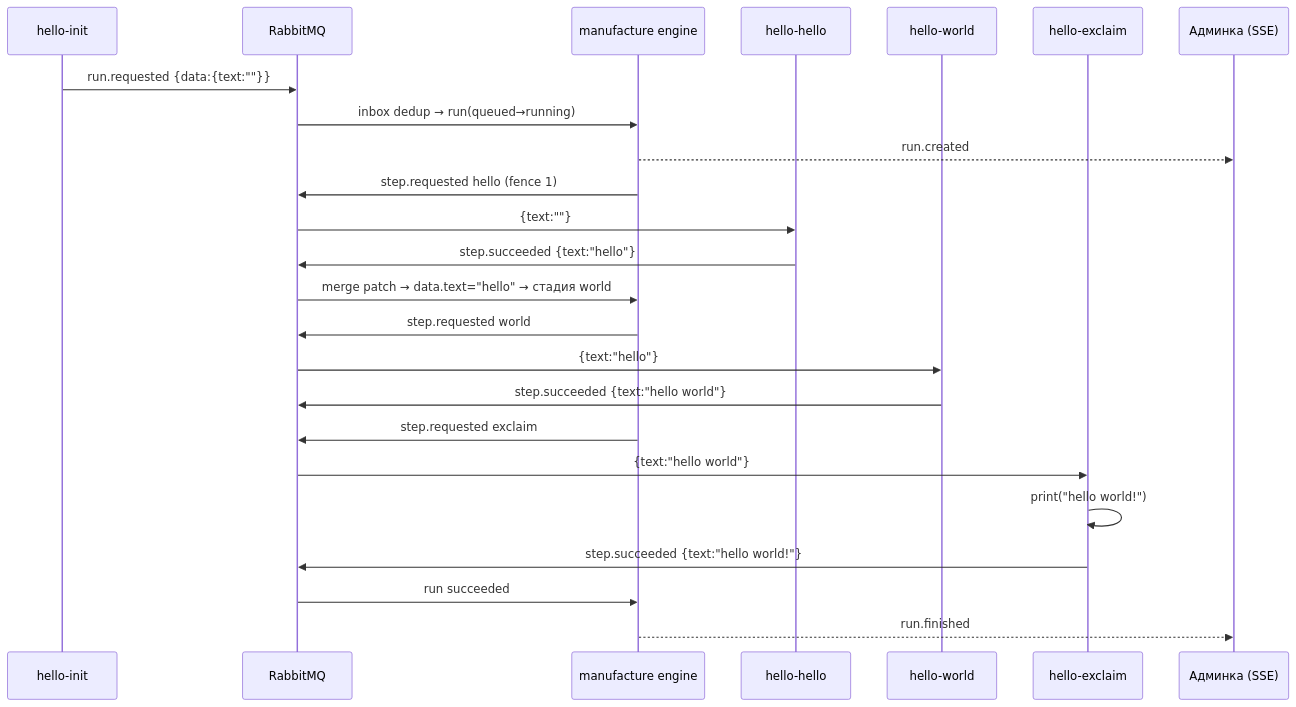
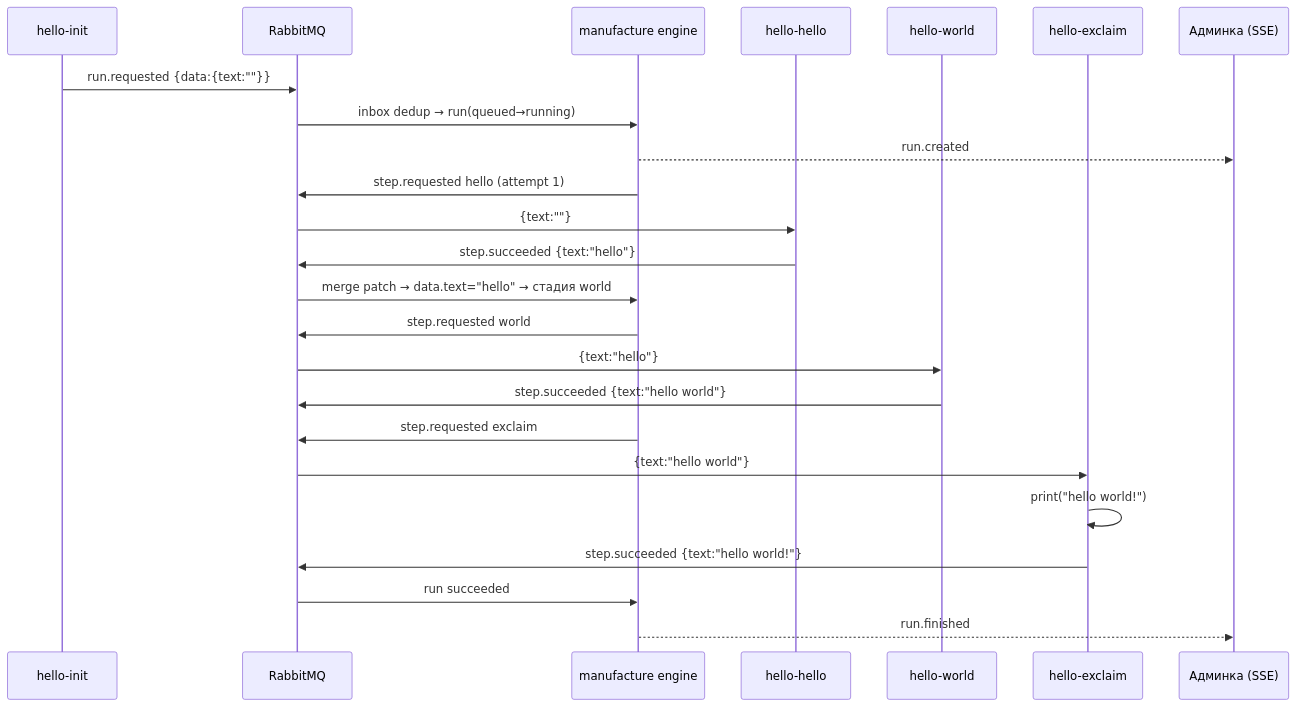
Before and after one commit to t1menar/manufacture-core: the fourth of 4 diagrams in docs/architecture.md, drawn with Mermaid. The commit also changed other lines of this file and 12 other files, not shown here.

````diff
--- a/docs/architecture.md
+++ b/docs/architecture.md
@@ -690,26 +721,26 @@
 ```mermaid
 sequenceDiagram
   participant I as hello-init
   participant MQ as RabbitMQ
   participant C as manufacture engine
   participant H as hello-hello
   participant W as hello-world
   participant E as hello-exclaim
   participant UI as Админка (SSE)
   I->>MQ: run.requested {data:{text:""}}
   MQ->>C: inbox dedup → run(queued→running)
   C-->>UI: run.created
-  C->>MQ: step.requested hello (fence 1)
+  C->>MQ: step.requested hello (attempt 1)
   MQ->>H: {text:""}
   H->>MQ: step.succeeded {text:"hello"}
   MQ->>C: merge patch → data.text="hello" → стадия world
   C->>MQ: step.requested world
   MQ->>W: {text:"hello"}
   W->>MQ: step.succeeded {text:"hello world"}
   C->>MQ: step.requested exclaim
   MQ->>E: {text:"hello world"}
   E->>E: print("hello world!")
   E->>MQ: step.succeeded {text:"hello world!"}
   MQ->>C: run succeeded
   C-->>UI: run.finished
 ```
````
